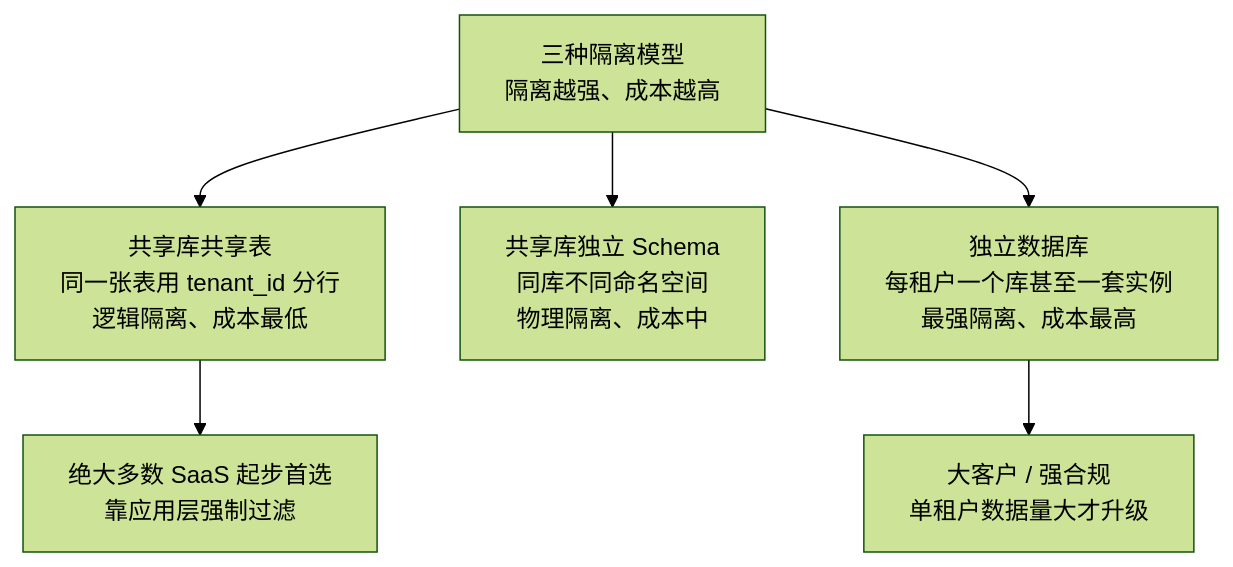
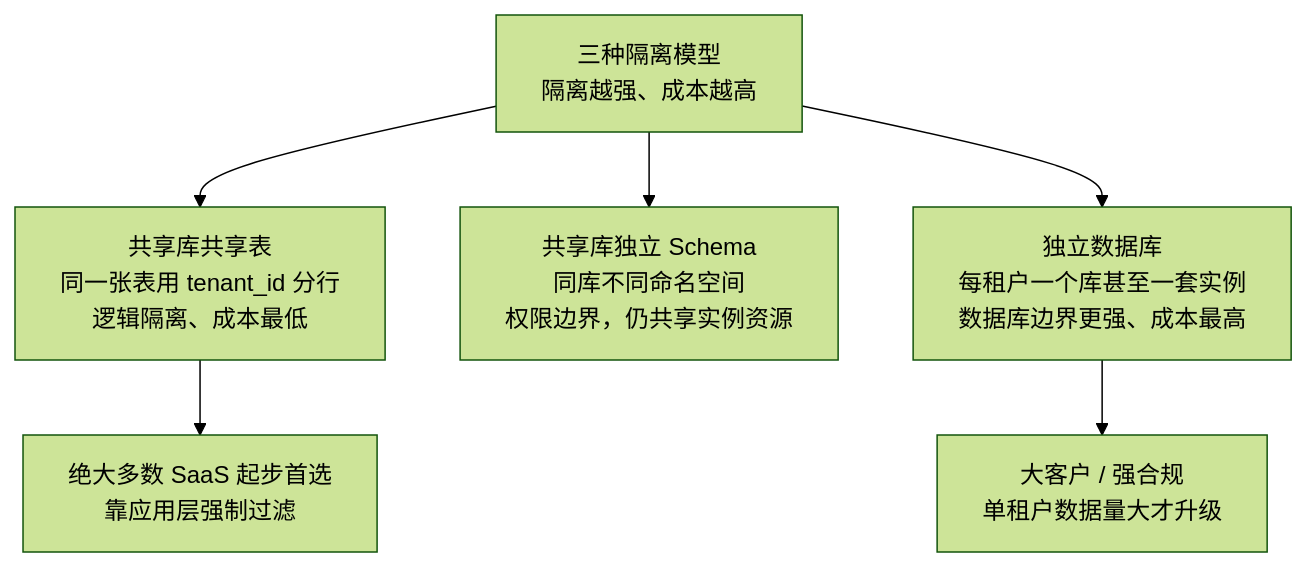
Before and after one commit to CrazyForks/java-full-stack: the first of 3 diagrams in docs/06-阶段六-架构设计与服务端思维/07-多租户设计.md, drawn with Mermaid (forest theme). The commit also changed other lines of this file and 58 other files, not shown here.

````diff
--- a/docs/06-阶段六-架构设计与服务端思维/07-多租户设计.md
+++ b/docs/06-阶段六-架构设计与服务端思维/07-多租户设计.md
@@ -78,8 +78,8 @@
 ```mermaid
 flowchart TB
     A["三种隔离模型<br/>隔离越强、成本越高"] --> B["共享库共享表<br/>同一张表用 tenant_id 分行<br/>逻辑隔离、成本最低"]
-    A --> C["共享库独立 Schema<br/>同库不同命名空间<br/>物理隔离、成本中"]
-    A --> D["独立数据库<br/>每租户一个库甚至一套实例<br/>最强隔离、成本最高"]
+    A --> C["共享库独立 Schema<br/>同库不同命名空间<br/>权限边界，仍共享实例资源"]
+    A --> D["独立数据库<br/>每租户一个库甚至一套实例<br/>数据库边界更强、成本最高"]
     B --> E["绝大多数 SaaS 起步首选<br/>靠应用层强制过滤"]
     D --> F["大客户 / 强合规<br/>单租户数据量大才升级"]
 ```
````
